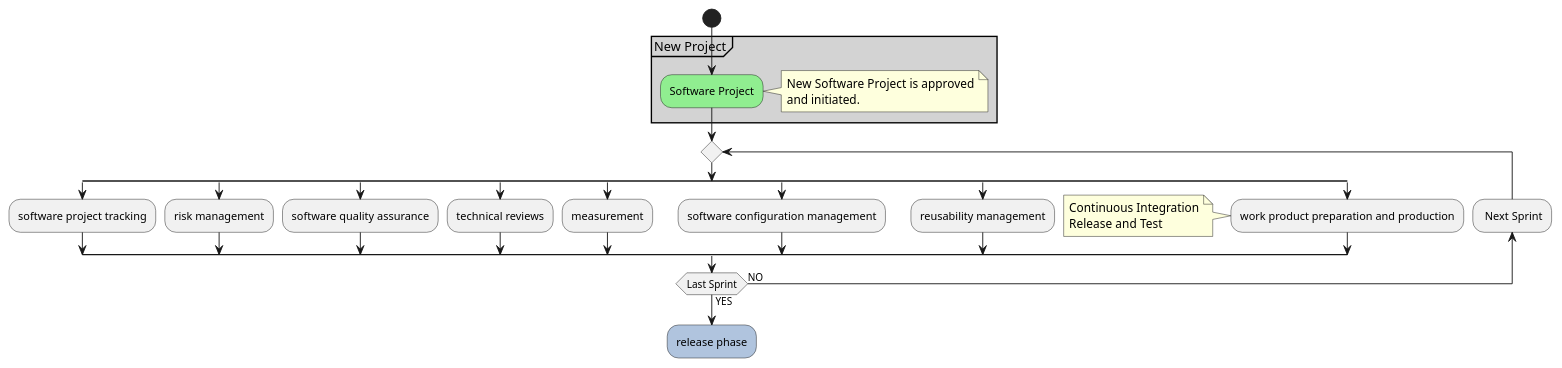
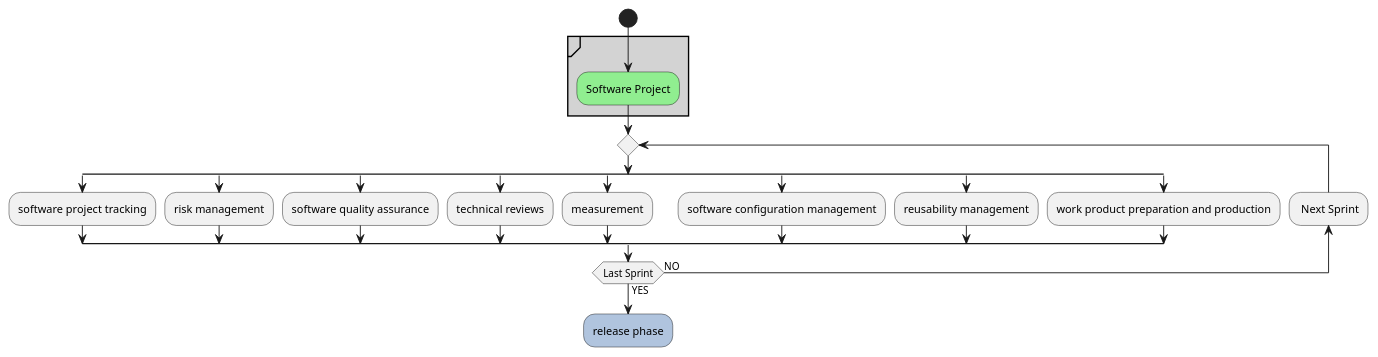
One commit to KPZNet/CSC505 changed the first of 23 diagrams in M1/Umbrella.puml. Above: the diagram before and after it, drawn with PlantUML.

```diff
--- a/M1/Umbrella.puml
+++ b/M1/Umbrella.puml
@@ -2,40 +2,31 @@
 @startuml UmbrellaActivities
 
 start
-partition #LightGrey "New Project" {
+partition #LightGrey  {
 #LightGreen:Software Project;
-note right
-    New Software Project is approved
-    and initiated.
-end note
 }
 repeat
-
 split
   :software project tracking;
 split again
   :risk management;
 split again
   :software quality assurance;
 
 split again
   :technical reviews;
 split again
   :measurement;
 split again
   :software configuration management;
 split again
   :reusability management;
 split again
   :work product preparation and production;
-note
-  Continuous Integration
-  Release and Test
-end note
 end split;
 backward : Next Sprint;
 repeatwhile (Last Sprint) is (NO) not (YES)
 
 #LightSteelBlue:release phase;
 
 @enduml
```
